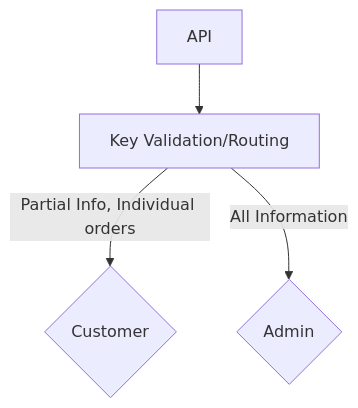
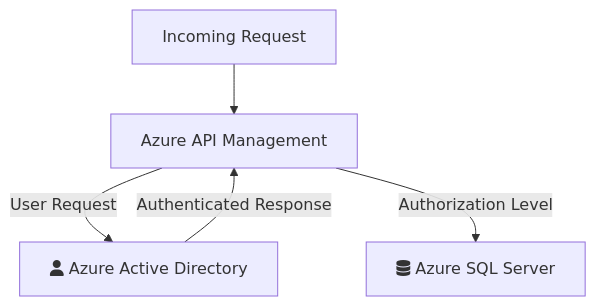
One commit to JacobKeels/Team2.github.io changed the first of 2 diagrams in index.md. Above: the diagram before and after it, drawn with Mermaid.

Commit message:
update api auth diagram

```diff
--- a/index.md
+++ b/index.md
@@ -40,6 +40,7 @@
 <div class="mermaid">
 graph TD
-    A[API] --> B[Key Validation/Routing]
-    B-->|Partial Info, Individual orders|F{Customer}
-    B-->|All Information| C{Admin}
+    A[Incoming Request] --> B[Azure API Management]
+    B-->|User Request|D[fa:fa-user Azure Active Directory]
+    D-->|Authenticated Response|B
+    B-->|Authorization Level|C[fa:fa-database Azure SQL Server]
 </div>
```
